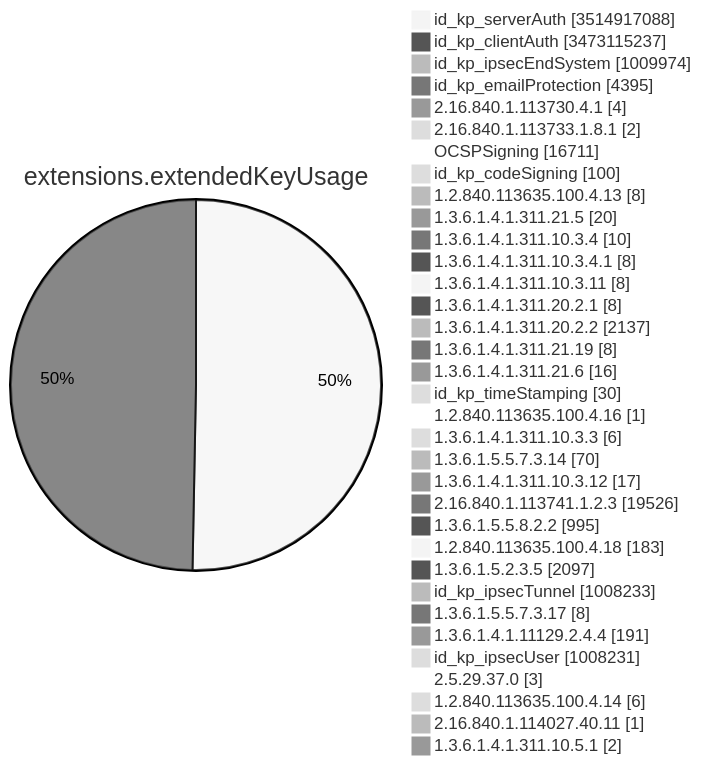
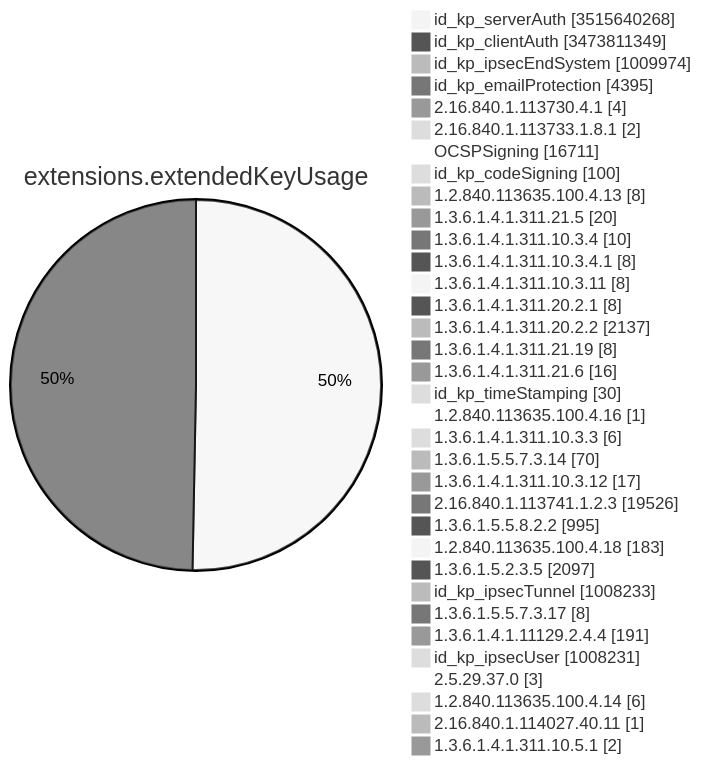
Diagram 11 of 15 in TOTAL/README.md (christiankrug/ctmonitor_visualization), drawn with Mermaid (neutral theme) before and after one commit. The commit also changed other lines of this file, not shown here.

````diff
--- a/TOTAL/README.md
+++ b/TOTAL/README.md
@@ -4126,38 +4126,38 @@
 ```mermaid
 pie showData
 title extensions.extendedKeyUsage
-"id_kp_serverAuth" :3514917088
-"id_kp_clientAuth" :3473115237
+"id_kp_serverAuth" :3515640268
+"id_kp_clientAuth" :3473811349
 "id_kp_ipsecEndSystem" :1009974
 "id_kp_emailProtection" :4395
 "2.16.840.1.113730.4.1" :4
 "2.16.840.1.113733.1.8.1" :2
 "OCSPSigning" :16711
 "id_kp_codeSigning" :100
 "1.2.840.113635.100.4.13" :8
 "1.3.6.1.4.1.311.21.5" :20
 "1.3.6.1.4.1.311.10.3.4" :10
 "1.3.6.1.4.1.311.10.3.4.1" :8
 "1.3.6.1.4.1.311.10.3.11" :8
 "1.3.6.1.4.1.311.20.2.1" :8
 "1.3.6.1.4.1.311.20.2.2" :2137
 "1.3.6.1.4.1.311.21.19" :8
 "1.3.6.1.4.1.311.21.6" :16
 "id_kp_timeStamping" :30
 "1.2.840.113635.100.4.16" :1
 "1.3.6.1.4.1.311.10.3.3" :6
 "1.3.6.1.5.5.7.3.14" :70
 "1.3.6.1.4.1.311.10.3.12" :17
 "2.16.840.1.113741.1.2.3" :19526
 "1.3.6.1.5.5.8.2.2" :995
 "1.2.840.113635.100.4.18" :183
 "1.3.6.1.5.2.3.5" :2097
 "id_kp_ipsecTunnel" :1008233
 "1.3.6.1.5.5.7.3.17" :8
 "1.3.6.1.4.1.11129.2.4.4" :191
 "id_kp_ipsecUser" :1008231
 "2.5.29.37.0" :3
 "1.2.840.113635.100.4.14" :6
 "2.16.840.1.114027.40.11" :1
 "1.3.6.1.4.1.311.10.5.1" :2
 ```
````
